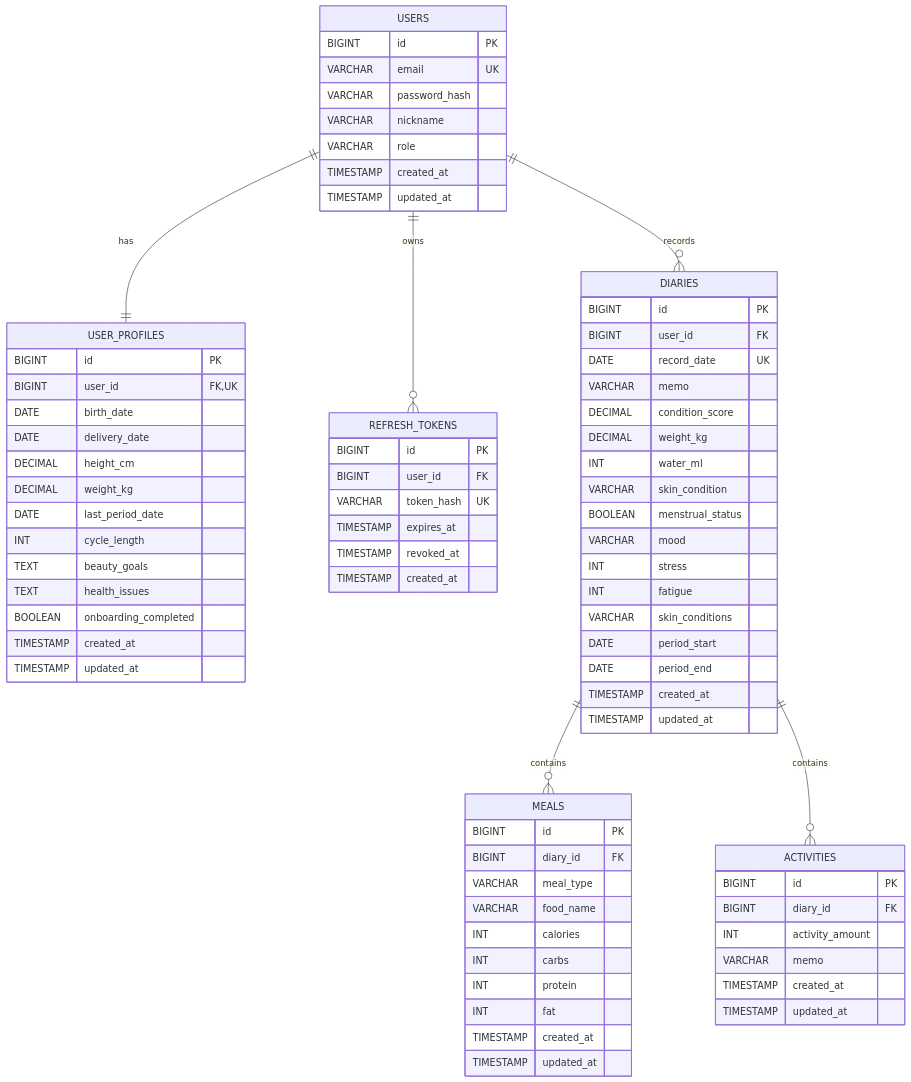
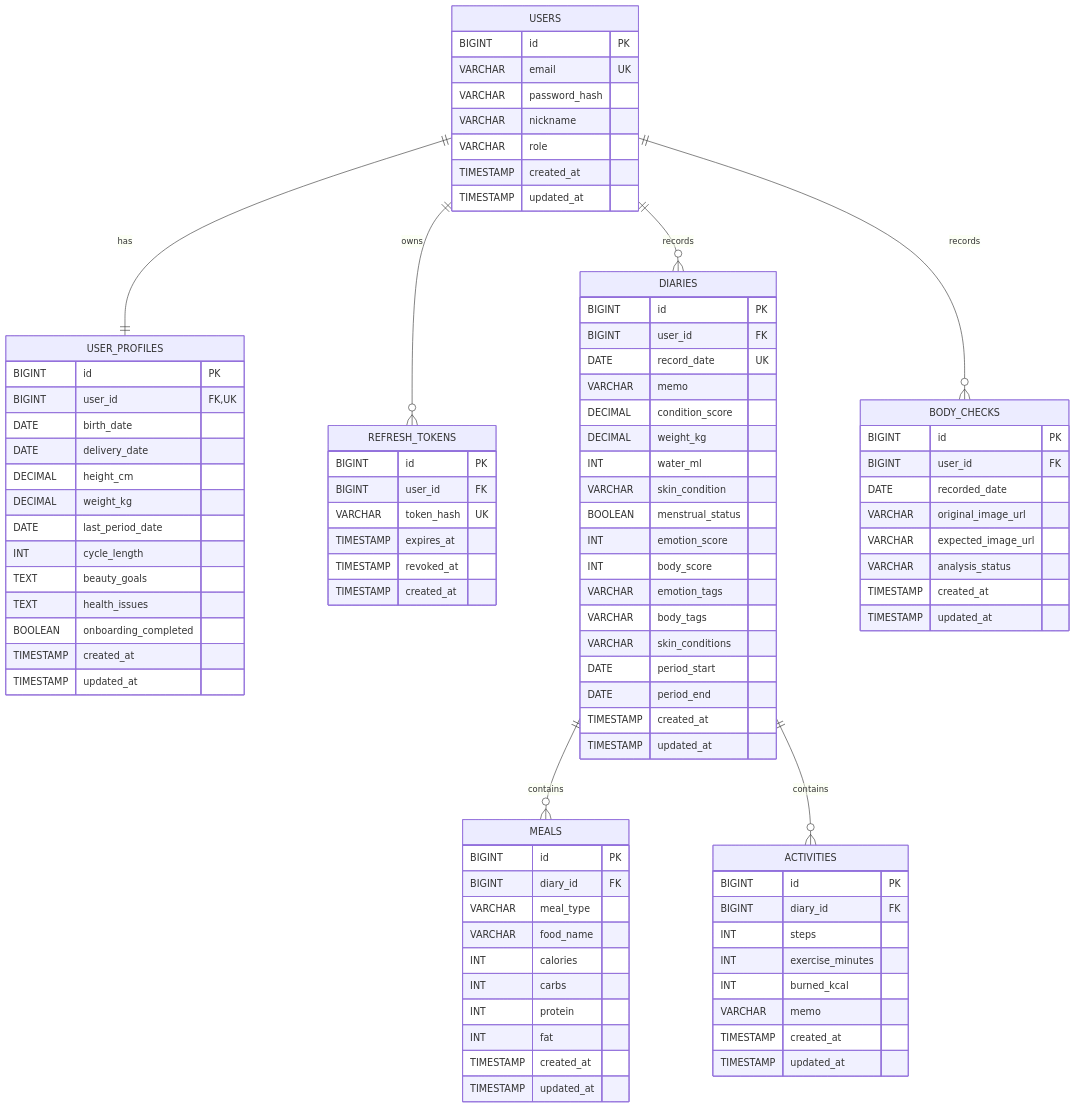
Before and after one commit to Lee1Jae/likelion-hanyang-erica-hackathon-team2-backend: the diagram in README.md, drawn with Mermaid. The commit also changed other lines of this file and 23 other files, not shown here.

Commit message:
feat: finalize tracking fields and body checks

````diff
--- a/README.md
+++ b/README.md
@@ -75,6 +82,7 @@
     USERS ||--|| USER_PROFILES : has
     USERS ||--o{ REFRESH_TOKENS : owns
     USERS ||--o{ DIARIES : records
+    USERS ||--o{ BODY_CHECKS : records
     DIARIES ||--o{ MEALS : contains
     DIARIES ||--o{ ACTIVITIES : contains
 
@@ -123,9 +131,10 @@
         INT water_ml
         VARCHAR skin_condition
         BOOLEAN menstrual_status
-        VARCHAR mood
-        INT stress
-        INT fatigue
+        INT emotion_score
+        INT body_score
+        VARCHAR emotion_tags
+        VARCHAR body_tags
         VARCHAR skin_conditions
         DATE period_start
         DATE period_end
@@ -149,9 +158,22 @@
     ACTIVITIES {
         BIGINT id PK
         BIGINT diary_id FK
-        INT activity_amount
+        INT steps
+        INT exercise_minutes
+        INT burned_kcal
         VARCHAR memo
         TIMESTAMP created_at
         TIMESTAMP updated_at
     }
+
+    BODY_CHECKS {
+        BIGINT id PK
+        BIGINT user_id FK
+        DATE recorded_date
+        VARCHAR original_image_url
+        VARCHAR expected_image_url
+        VARCHAR analysis_status
+        TIMESTAMP created_at
+        TIMESTAMP updated_at
+    }
 ```
````
